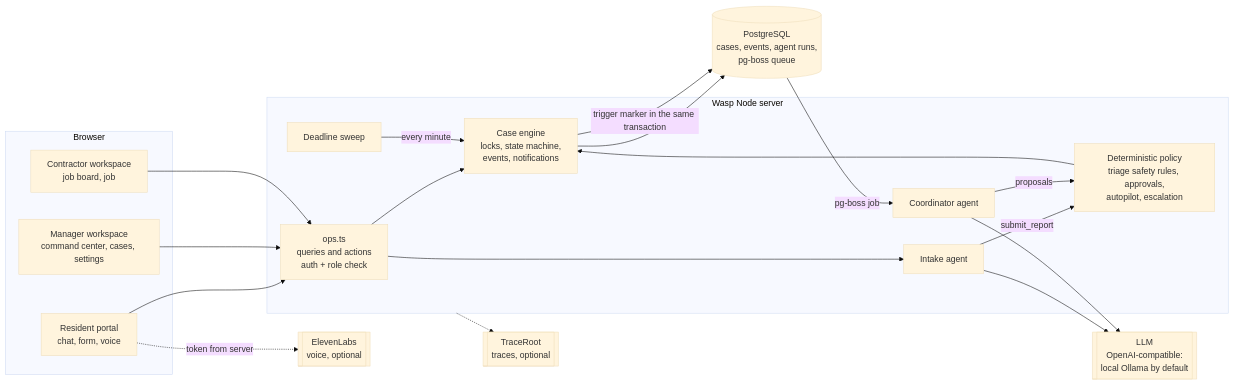
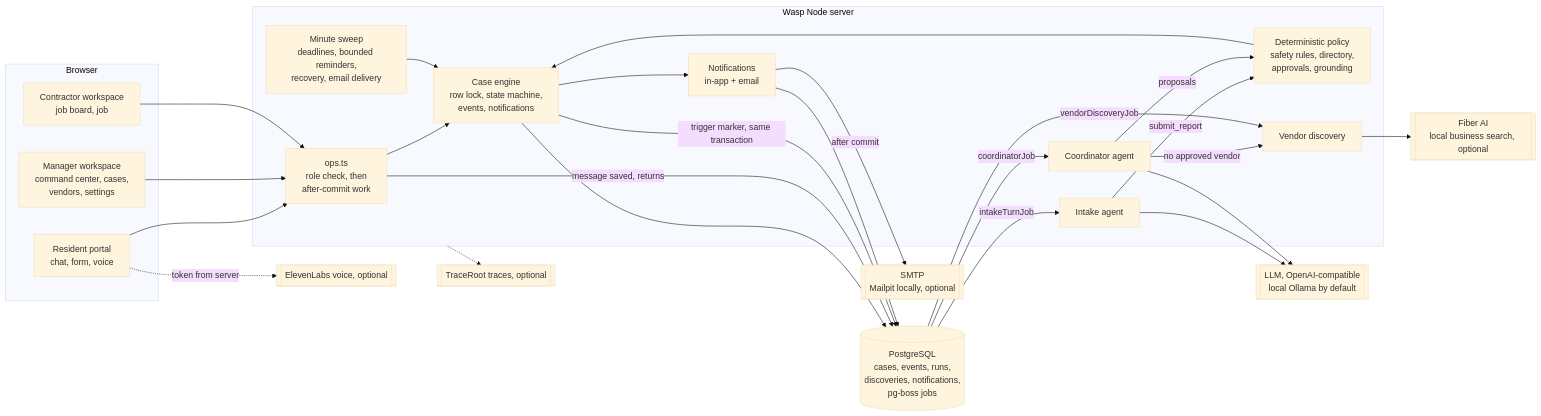
Before and after one commit to elaineh16/yc-hackathon: the diagram in docs/architecture.md, drawn with Mermaid (base theme). The commit also changed other lines of this file and 56 other files, not shown here.

````diff
--- a/docs/architecture.md
+++ b/docs/architecture.md
@@ -5,31 +7,39 @@
 ```mermaid
 flowchart LR
   subgraph Browser
     R[Resident portal<br/>chat, form, voice]
-    M[Manager workspace<br/>command center, cases, settings]
+    M[Manager workspace<br/>command center, cases,<br/>vendors, settings]
     C[Contractor workspace<br/>job board, job]
   end
   subgraph Server["Wasp Node server"]
-    OPS[ops.ts<br/>queries and actions<br/>auth + role check]
-    ENG[Case engine<br/>locks, state machine,<br/>events, notifications]
+    OPS[ops.ts<br/>role check, then<br/>after-commit work]
+    ENG[Case engine<br/>row lock, state machine,<br/>events, notifications]
     INT[Intake agent]
     COORD[Coordinator agent]
-    POL[Deterministic policy<br/>triage safety rules, approvals,<br/>autopilot, escalation]
-    SWEEP[Deadline sweep]
+    POL[Deterministic policy<br/>safety rules, directory,<br/>approvals, grounding]
+    DISC[Vendor discovery]
+    NOT[Notifications<br/>in-app + email]
+    SWEEP[Minute sweep<br/>deadlines, bounded reminders,<br/>recovery, email delivery]
   end
-  DB[(PostgreSQL<br/>cases, events, agent runs,<br/>pg-boss queue)]
-  LLM[[LLM<br/>OpenAI-compatible:<br/>local Ollama by default]]
-  EL[[ElevenLabs<br/>voice, optional]]
-  TR[[TraceRoot<br/>traces, optional]]
+  DB[(PostgreSQL<br/>cases, events, runs,<br/>discoveries, notifications,<br/>pg-boss jobs)]
+  LLM[[LLM, OpenAI-compatible<br/>local Ollama by default]]
+  FIB[[Fiber AI<br/>local business search, optional]]
+  SMTP[[SMTP<br/>Mailpit locally, optional]]
+  EL[[ElevenLabs voice, optional]]
+  TR[[TraceRoot traces, optional]]
 
-  R & M & C --> OPS
-  OPS --> ENG --> DB
-  OPS --> INT --> LLM
+  R & M & C --> OPS --> ENG --> DB
+  OPS -->|message saved, returns| DB
+  DB -->|intakeTurnJob| INT --> LLM
   INT -->|submit_report| POL --> ENG
-  ENG -->|trigger marker in the same transaction| DB
-  DB -->|pg-boss job| COORD --> LLM
+  ENG -->|trigger marker, same transaction| DB
+  DB -->|coordinatorJob| COORD --> LLM
   COORD -->|proposals| POL
-  SWEEP -->|every minute| ENG
+  COORD -->|no approved vendor| DISC
+  DB -->|vendorDiscoveryJob| DISC --> FIB
+  ENG --> NOT --> DB
+  SWEEP --> ENG
+  NOT -->|after commit| SMTP
   R -.->|token from server| EL
   Server -.-> TR
 ```
````
